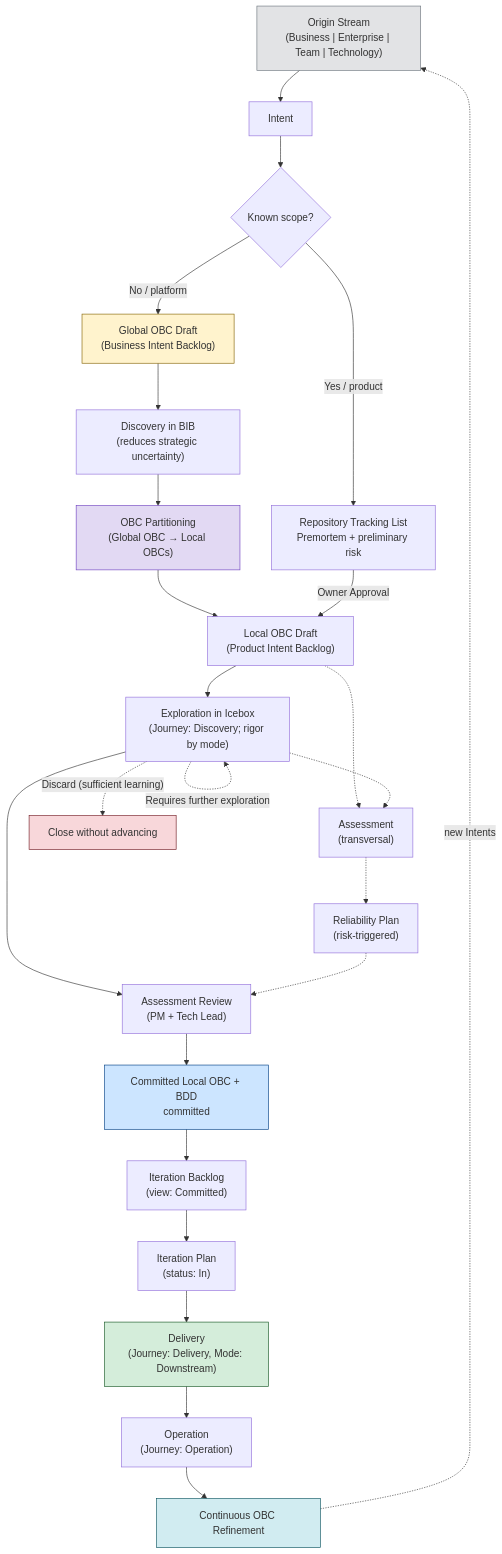
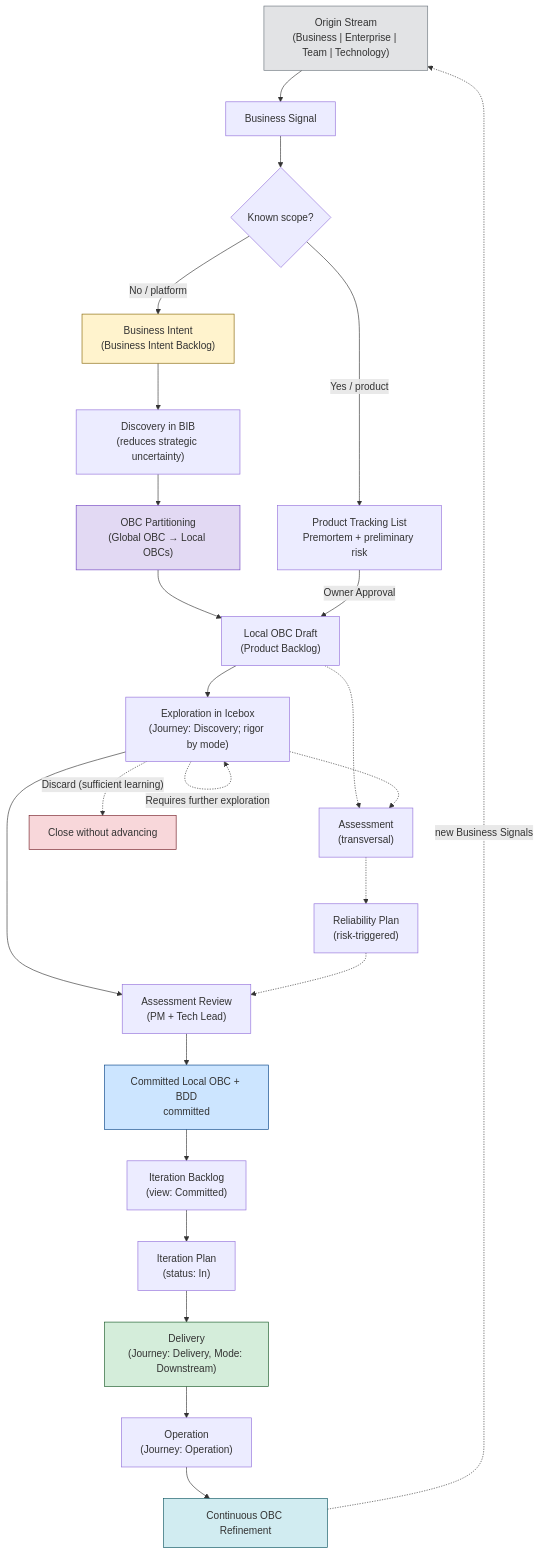
One commit to produtoreativo/payments-api changed the diagram in prodops/framework/flow.en.md. Above: the diagram before and after it, drawn with Mermaid. The commit also changed other lines of this file and 16 other files, not shown here.

First line of the commit message:
docs(prodops): propagate new model to flow, phases, and journey docs

````diff
--- a/prodops/framework/flow.en.md
+++ b/prodops/framework/flow.en.md
@@ -19,53 +19,53 @@
 ```mermaid
 flowchart TD
     OS["Origin Stream\n(Business | Enterprise | Team | Technology)"]
-    I["Intent"]
+    I["Business Signal"]
     CHOICE{"Known scope?"}
-    RTL["Repository Tracking List\nPremortem + preliminary risk"]
-    GBIB["Global OBC Draft\n(Business Intent Backlog)"]
+    RTL["Product Tracking List\nPremortem + preliminary risk"]
+    GBIB["Business Intent\n(Business Intent Backlog)"]
     EX1["Discovery in BIB\n(reduces strategic uncertainty)"]
     PART["OBC Partitioning\n(Global OBC → Local OBCs)"]
-    LPIB["Local OBC Draft\n(Product Intent Backlog)"]
+    LPIB["Local OBC Draft\n(Product Backlog)"]
     EX2["Exploration in Icebox\n(Journey: Discovery; rigor by mode)"]
     AS["Assessment\n(transversal)"]
     RP["Reliability Plan\n(risk-triggered)"]
     REV["Assessment Review\n(PM + Tech Lead)"]
     OBC["Committed Local OBC + BDD\ncommitted"]
     IP["Iteration Plan\n(status: In)"]
     D["Delivery\n(Journey: Delivery, Mode: Downstream)"]
     OP["Operation\n(Journey: Operation)"]
     REF["Continuous OBC Refinement"]
 
     OS --> I
     I --> CHOICE
     CHOICE -->|"No / platform"| GBIB
     CHOICE -->|"Yes / product"| RTL
     GBIB --> EX1
     EX1 --> PART
     PART --> LPIB
     RTL -->|"Owner Approval"| LPIB
     LPIB --> EX2
     EX2 --> REV
     LPIB -.-> AS
     EX2 -.-> AS
     AS -.-> RP
     RP -.-> REV
     REV --> OBC
     OBC --> IB["Iteration Backlog\n(view: Committed)"]
     IB --> IP
     IP --> D
     D --> OP
     OP --> REF
-    REF -.->|"new Intents"| OS
+    REF -.->|"new Business Signals"| OS
 
     EX2 -.->|"Discard (sufficient learning)"| X[Close without advancing]
     EX2 -.->|"Requires further exploration"| EX2
 
     style OS fill:#e2e3e5,stroke:#6c757d
     style GBIB fill:#fff3cd,stroke:#856404
     style PART fill:#e2d9f3,stroke:#6f42c1
     style OBC fill:#cce5ff,stroke:#004085
     style D fill:#d4edda,stroke:#155724
     style X fill:#f8d7da,stroke:#721c24
     style REF fill:#d1ecf1,stroke:#0c5460
 ```
````
